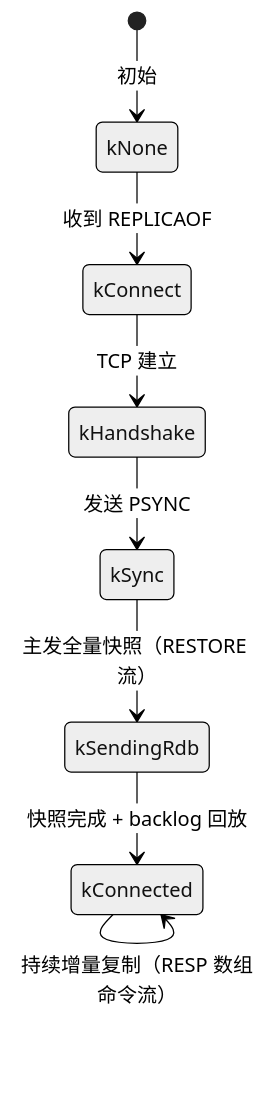
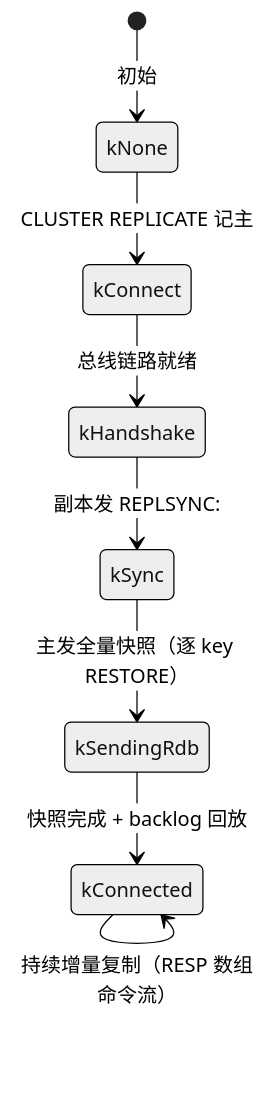
The fourth of 5 diagrams in docs/architecture/cluster.md (zimingttkx/ConcurrentCache), drawn with Mermaid (neutral theme) before and after one commit. The commit also changed other lines of this file and 14 other files, not shown here.

````diff
--- a/docs/architecture/cluster.md
+++ b/docs/architecture/cluster.md
@@ -191,10 +191,10 @@
 ```mermaid
 stateDiagram-v2
     [*] --> kNone: 初始
-    kNone --> kConnect: 收到 REPLICAOF
-    kConnect --> kHandshake: TCP 建立
-    kHandshake --> kSync: 发送 PSYNC
-    kSync --> kSendingRdb: 主发全量快照（RESTORE 流）
+    kNone --> kConnect: CLUSTER REPLICATE 记主
+    kConnect --> kHandshake: 总线链路就绪
+    kHandshake --> kSync: 副本发 REPLSYNC:<node>
+    kSync --> kSendingRdb: 主发全量快照（逐 key RESTORE）
     kSendingRdb --> kConnected: 快照完成 + backlog 回放
     kConnected --> kConnected: 持续增量复制（RESP 数组命令流）
 ```
````
